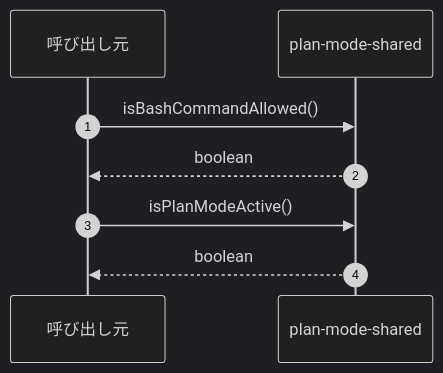
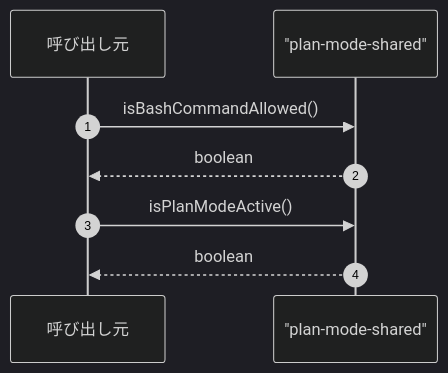
One commit to Mekann2904/mekann changed the third of 3 diagrams in ABDD/.pi/lib/plan-mode-shared.md. Above: the diagram before and after it, drawn with Mermaid (dark theme). The commit also changed other lines of this file and 152 other files, not shown here.

First line of the commit message:
fix: Mermaid図のラベル内の特殊文字をエスケープする

````diff
--- a/ABDD/.pi/lib/plan-mode-shared.md
+++ b/ABDD/.pi/lib/plan-mode-shared.md
@@ -66,12 +66,12 @@
 ```mermaid
 sequenceDiagram
   autonumber
   participant Caller as 呼び出し元
-  participant plan_mode_shared as plan-mode-shared
+  participant plan_mode_shared as "plan-mode-shared"
 
   Caller->>plan_mode_shared: isBashCommandAllowed()
   plan_mode_shared-->>Caller: boolean
 
   Caller->>plan_mode_shared: isPlanModeActive()
   plan_mode_shared-->>Caller: boolean
 ```
````
